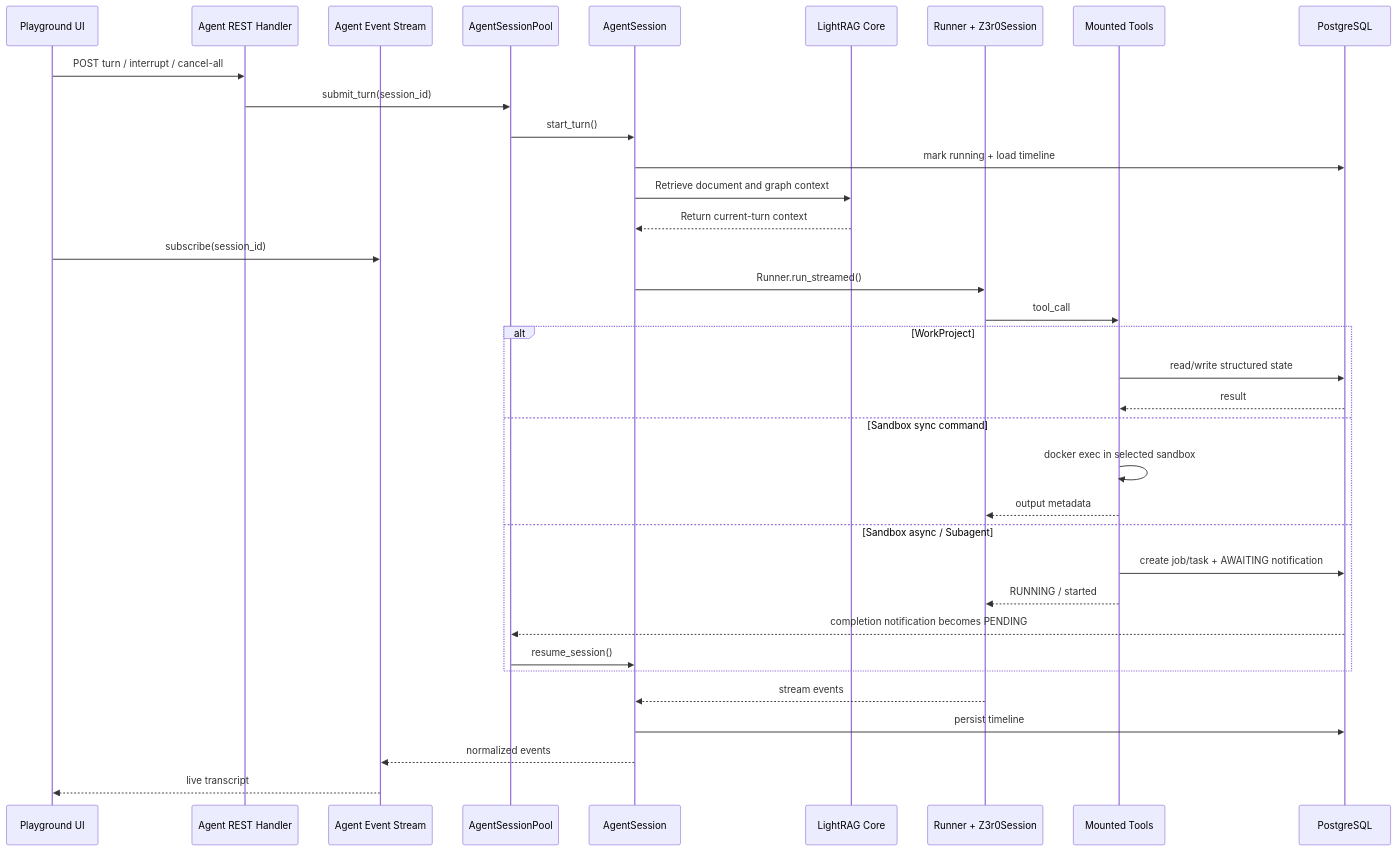
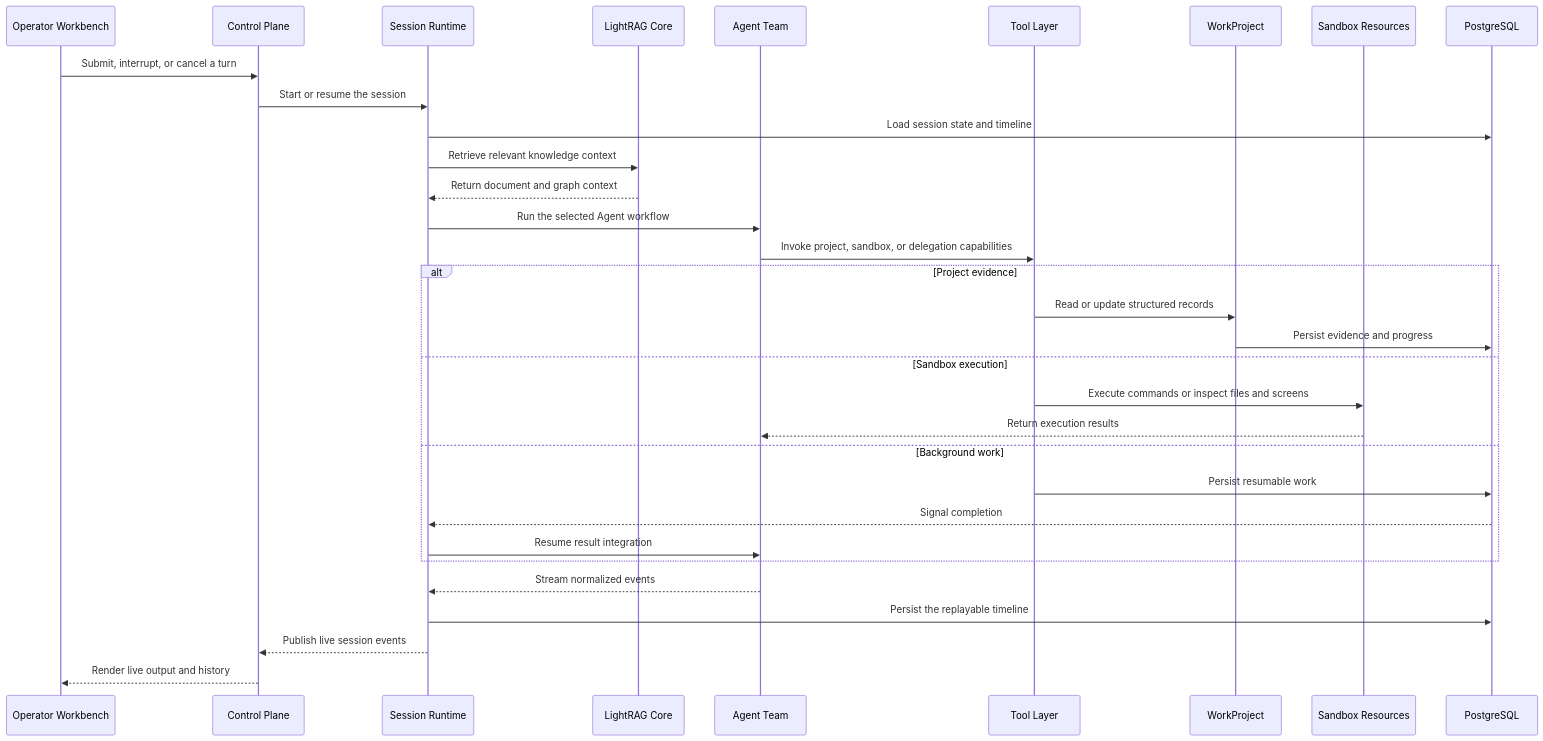
The second of 2 diagrams in docs/en/guide/overview.md (MolTau9527/Z3r0), drawn with Mermaid before and after one commit. The commit also changed other lines of this file and 206 other files, not shown here.

Commit message:
refactor: Unify runtime lifecycle, API contracts, and frontend workflows

````diff
--- a/docs/en/guide/overview.md
+++ b/docs/en/guide/overview.md
@@ -79,41 +76,37 @@
 ```mermaid
 sequenceDiagram
-  participant UI as Playground UI
-  participant API as Agent REST Handler
-  participant WS as Agent Event Stream
-  participant Pool as AgentSessionPool
-  participant Sess as AgentSession
+  participant UI as Operator Workbench
+  participant API as Control Plane
+  participant Session as Session Runtime
   participant RAG as LightRAG Core
-  participant SDK as Runner + Z3r0Session
-  participant Tool as Mounted Tools
+  participant Agent as Agent Team
+  participant Tool as Tool Layer
+  participant Project as WorkProject
+  participant Sandbox as Sandbox Resources
   participant DB as PostgreSQL
 
-  UI->>API: POST turn / interrupt / cancel-all
-  API->>Pool: submit_turn(session_id)
-  Pool->>Sess: start_turn()
-  Sess->>DB: mark running + load timeline
-  Sess->>RAG: Retrieve document and graph context
-  RAG-->>Sess: Return current-turn context
-  UI->>WS: subscribe(session_id)
-  Sess->>SDK: Runner.run_streamed()
+  UI->>API: Submit, interrupt, or cancel a turn
+  API->>Session: Start or resume the session
+  Session->>DB: Load session state and timeline
+  Session->>RAG: Retrieve relevant knowledge context
+  RAG-->>Session: Return document and graph context
+  Session->>Agent: Run the selected Agent workflow
+  Agent->>Tool: Invoke project, sandbox, or delegation capabilities
 
-  SDK->>Tool: tool_call
-
-  alt WorkProject
-    Tool->>DB: read/write structured state
-    DB-->>Tool: result
-  else Sandbox sync command
-    Tool->>Tool: docker exec in selected sandbox
-    Tool-->>SDK: output metadata
-  else Sandbox async / Subagent
-    Tool->>DB: create job/task + AWAITING notification
-    Tool-->>SDK: RUNNING / started
-    DB-->>Pool: completion notification becomes PENDING
-    Pool->>Sess: resume_session()
+  alt Project evidence
+    Tool->>Project: Read or update structured records
+    Project->>DB: Persist evidence and progress
+  else Sandbox execution
+    Tool->>Sandbox: Execute commands or inspect files and screens
+    Sandbox-->>Agent: Return execution results
+  else Background work
+    Tool->>DB: Persist resumable work
+    DB-->>Session: Signal completion
+    Session->>Agent: Resume result integration
   end
 
-  SDK-->>Sess: stream events
-  Sess->>DB: persist timeline
-  Sess-->>WS: normalized events
-  WS-->>UI: live transcript
+  Agent-->>Session: Stream normalized events
+  Session->>DB: Persist the replayable timeline
+  Session-->>API: Publish live session events
+  API-->>UI: Render live output and history
 ```
````
